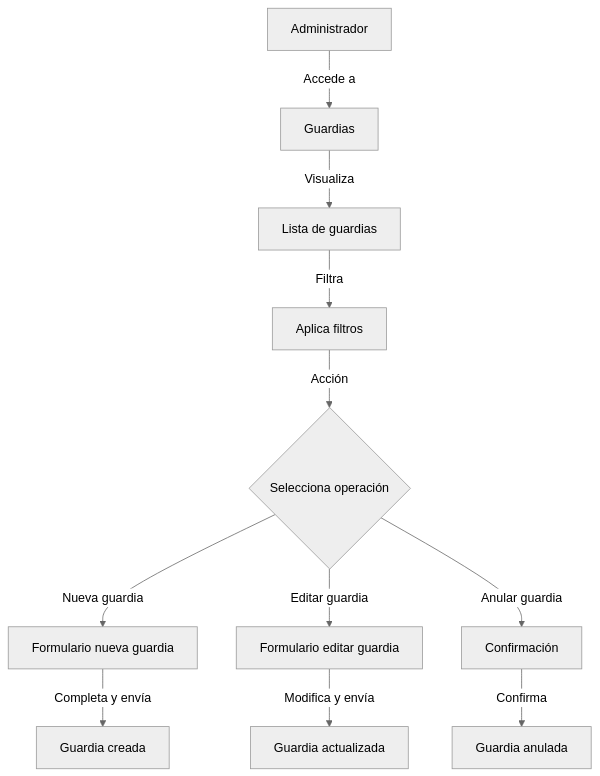
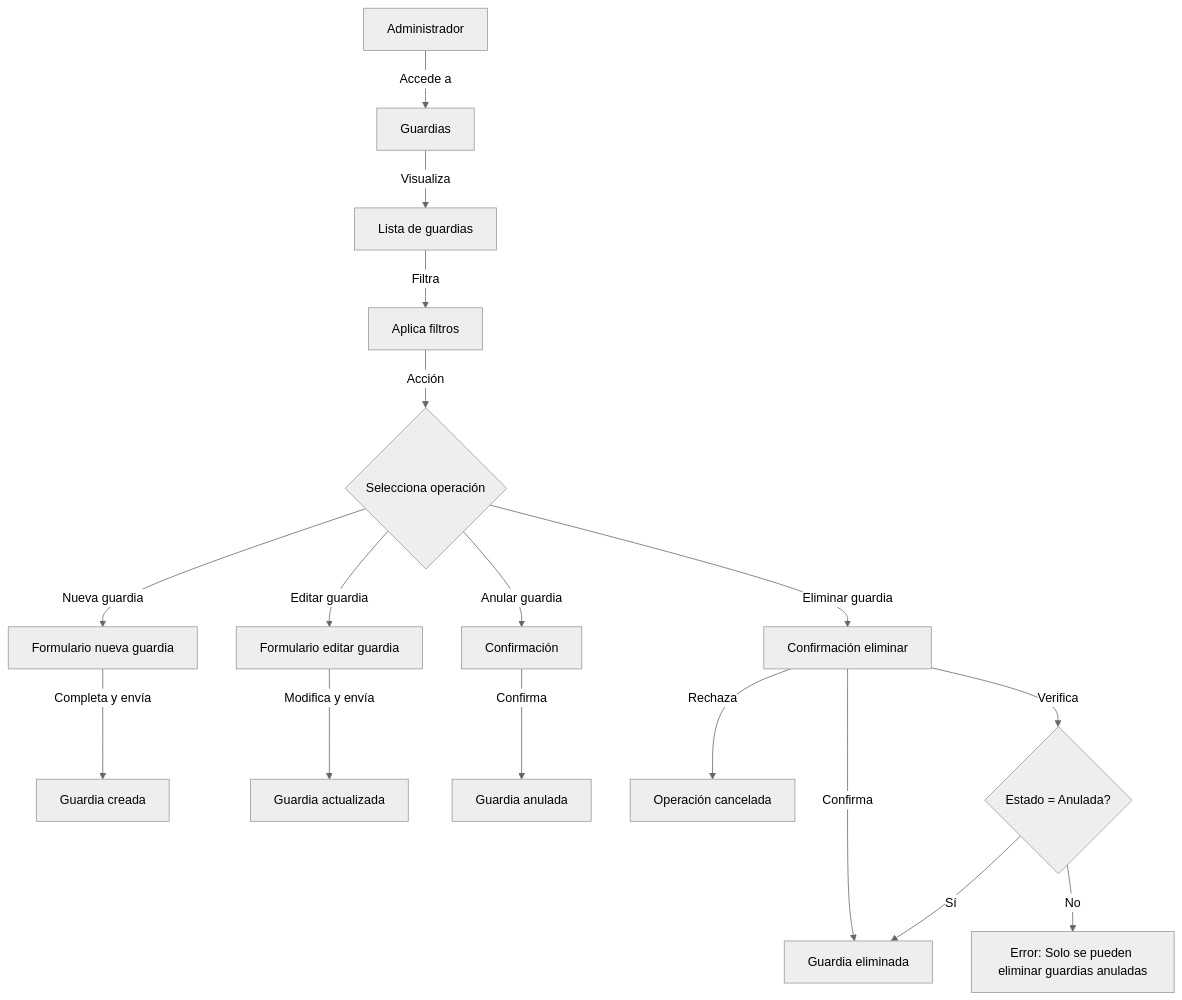
Before and after one commit to RGiskard7/gestion-guardias: the tenth of 20 diagrams in doc/DIAGRAMAS-FLUJO.md, drawn with Mermaid (neutral theme). The commit also changed other lines of this file and 5 other files, not shown here.

First line of the commit message:
docs: actualizar documentación técnica y diagramas

````diff
--- a/doc/DIAGRAMAS-FLUJO.md
+++ b/doc/DIAGRAMAS-FLUJO.md
@@ -155,13 +190,19 @@
 ```mermaid
 flowchart TD
     A[Administrador] -->|Accede a| B[Guardias]
     B -->|Visualiza| C[Lista de guardias]
     C -->|Filtra| D[Aplica filtros]
     D -->|Acción| E{Selecciona operación}
     E -->|Nueva guardia| F[Formulario nueva guardia]
     E -->|Editar guardia| G[Formulario editar guardia]
     E -->|Anular guardia| H[Confirmación]
-    F -->|Completa y envía| I[Guardia creada]
-    G -->|Modifica y envía| J[Guardia actualizada]
-    H -->|Confirma| K[Guardia anulada]
+    E -->|Eliminar guardia| I[Confirmación eliminar]
+    F -->|Completa y envía| J[Guardia creada]
+    G -->|Modifica y envía| K[Guardia actualizada]
+    H -->|Confirma| L[Guardia anulada]
+    I -->|Confirma| M[Guardia eliminada]
+    I -->|Rechaza| N[Operación cancelada]
+    I -->|Verifica| O{Estado = Anulada?}
+    O -->|No| P[Error: Solo se pueden eliminar guardias anuladas]
+    O -->|Sí| M
 ```
````
